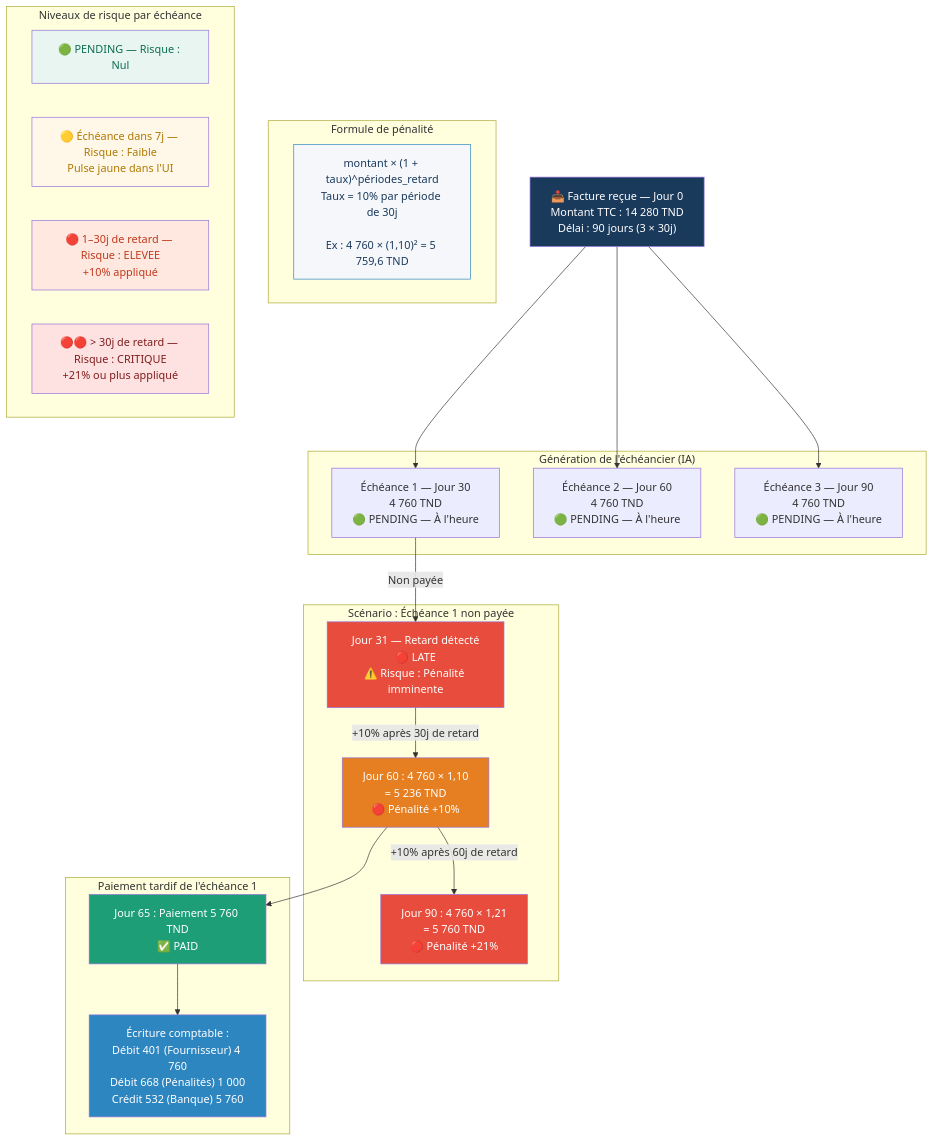
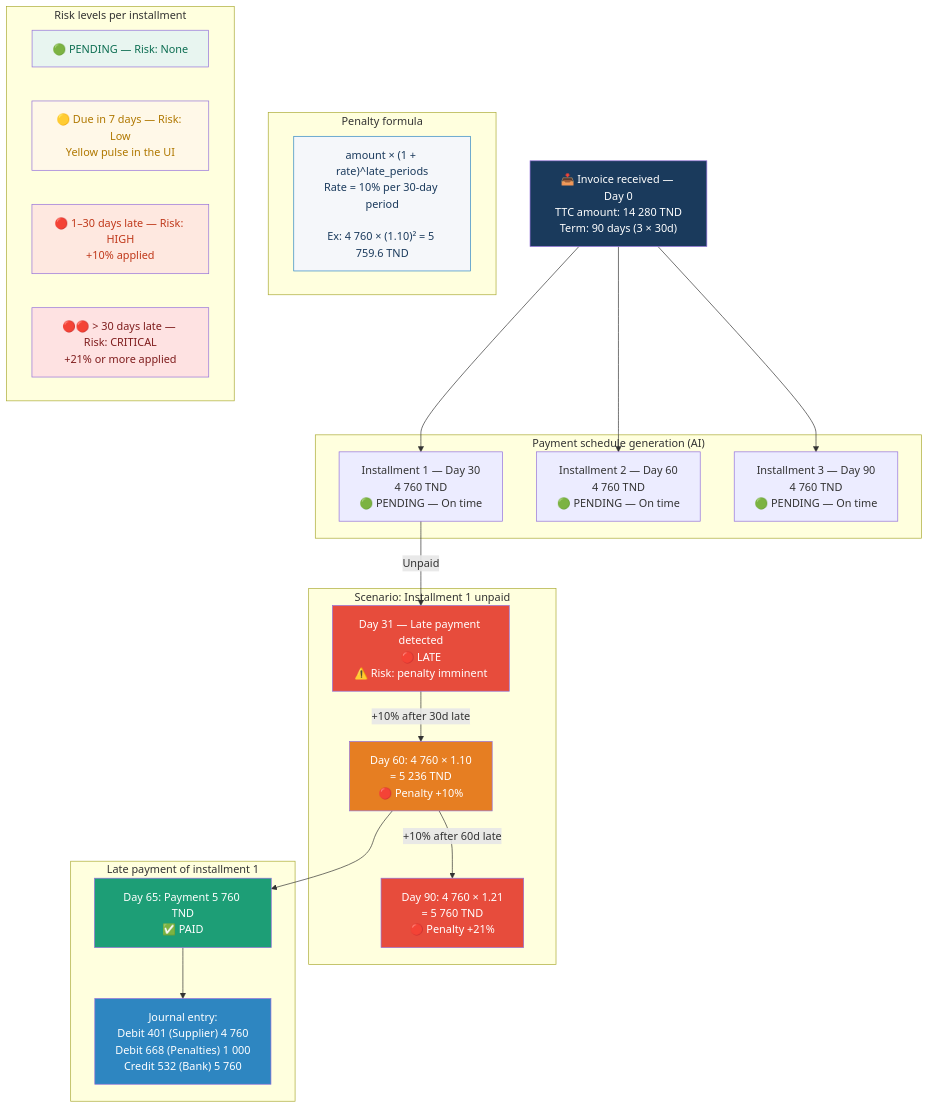
One commit to bayaCh05/biat-billing-agent changed the diagram in docs/diagrams/15_workflow_echeancier_penalites.md. Above: the diagram before and after it, drawn with Mermaid. The commit also changed other lines of this file and 22 other files, not shown here.

````diff
--- a/docs/diagrams/15_workflow_echeancier_penalites.md
+++ b/docs/diagrams/15_workflow_echeancier_penalites.md
@@ -4,53 +7,53 @@
 ```mermaid
 flowchart TB
 
-  INV["📥 Facture reçue — Jour 0\nMontant TTC : 14 280 TND\nDélai : 90 jours (3 × 30j)"]
+  INV["📥 Invoice received — Day 0\nTTC amount: 14 280 TND\nTerm: 90 days (3 × 30d)"]
 
-  subgraph GEN["Génération de l'échéancier (IA)"]
-    E1["Échéance 1 — Jour 30\n4 760 TND\n🟢 PENDING — À l'heure"]
-    E2["Échéance 2 — Jour 60\n4 760 TND\n🟢 PENDING — À l'heure"]
-    E3["Échéance 3 — Jour 90\n4 760 TND\n🟢 PENDING — À l'heure"]
+  subgraph GEN["Payment schedule generation (AI)"]
+    E1["Installment 1 — Day 30\n4 760 TND\n🟢 PENDING — On time"]
+    E2["Installment 2 — Day 60\n4 760 TND\n🟢 PENDING — On time"]
+    E3["Installment 3 — Day 90\n4 760 TND\n🟢 PENDING — On time"]
   end
 
   INV --> E1
   INV --> E2
   INV --> E3
 
-  subgraph LATE1["Scénario : Échéance 1 non payée"]
-    D31["Jour 31 — Retard détecté\n🔴 LATE\n⚠️ Risque : Pénalité imminente"]
-    D31 -->|"+10% après 30j de retard"| P1["Jour 60 : 4 760 × 1,10\n= 5 236 TND\n🔴 Pénalité +10%"]
-    P1 -->|"+10% après 60j de retard"| P2["Jour 90 : 4 760 × 1,21\n= 5 760 TND\n🔴 Pénalité +21%"]
+  subgraph LATE1["Scenario: Installment 1 unpaid"]
+    D31["Day 31 — Late payment detected\n🔴 LATE\n⚠️ Risk: penalty imminent"]
+    D31 -->|"+10% after 30d late"| P1["Day 60: 4 760 × 1.10\n= 5 236 TND\n🔴 Penalty +10%"]
+    P1 -->|"+10% after 60d late"| P2["Day 90: 4 760 × 1.21\n= 5 760 TND\n🔴 Penalty +21%"]
   end
 
-  subgraph PAID1["Paiement tardif de l'échéance 1"]
-    PAY["Jour 65 : Paiement 5 760 TND\n✅ PAID"]
-    JE["Écriture comptable :\nDébit 401 (Fournisseur) 4 760\nDébit 668 (Pénalités) 1 000\nCrédit 532 (Banque) 5 760"]
+  subgraph PAID1["Late payment of installment 1"]
+    PAY["Day 65: Payment 5 760 TND\n✅ PAID"]
+    JE["Journal entry:\nDebit 401 (Supplier) 4 760\nDebit 668 (Penalties) 1 000\nCredit 532 (Bank) 5 760"]
   end
 
-  E1 -->|"Non payée"| D31
+  E1 -->|"Unpaid"| D31
   P1 --> PAY
   PAY --> JE
 
-  subgraph FORMULA["Formule de pénalité"]
-    F["montant × (1 + taux)^périodes_retard\nTaux = 10% par période de 30j\n\nEx : 4 760 × (1,10)² = 5 759,6 TND"]
+  subgraph FORMULA["Penalty formula"]
+    F["amount × (1 + rate)^late_periods\nRate = 10% per 30-day period\n\nEx: 4 760 × (1.10)² = 5 759.6 TND"]
   end
 
-  subgraph RISK_COL["Niveaux de risque par échéance"]
-    R1["🟢 PENDING — Risque : Nul"]
-    R2["🟡 Échéance dans 7j — Risque : Faible\nPulse jaune dans l'UI"]
-    R3["🔴 1–30j de retard — Risque : ELEVEE\n+10% appliqué"]
-    R4["🔴🔴 > 30j de retard — Risque : CRITIQUE\n+21% ou plus appliqué"]
+  subgraph RISK_COL["Risk levels per installment"]
+    R1["🟢 PENDING — Risk: None"]
+    R2["🟡 Due in 7 days — Risk: Low\nYellow pulse in the UI"]
+    R3["🔴 1–30 days late — Risk: HIGH\n+10% applied"]
+    R4["🔴🔴 > 30 days late — Risk: CRITICAL\n+21% or more applied"]
   end
 
   style INV fill:#1A3A5C,color:#FFFFFF
   style D31 fill:#E74C3C,color:#FFFFFF
   style P1 fill:#E67E22,color:#FFFFFF
   style P2 fill:#E74C3C,color:#FFFFFF
   style PAY fill:#1D9E76,color:#FFFFFF
   style JE fill:#2E86C1,color:#FFFFFF
   style F fill:#F5F7FA,color:#1A3A5C,stroke:#2E86C1
   style R1 fill:#E8F5F0,color:#0D6E52
   style R2 fill:#FFF8E8,color:#B07800
   style R3 fill:#FEE8E0,color:#C0391B
   style R4 fill:#FEE2E2,color:#7F1D1D
 ```
````
